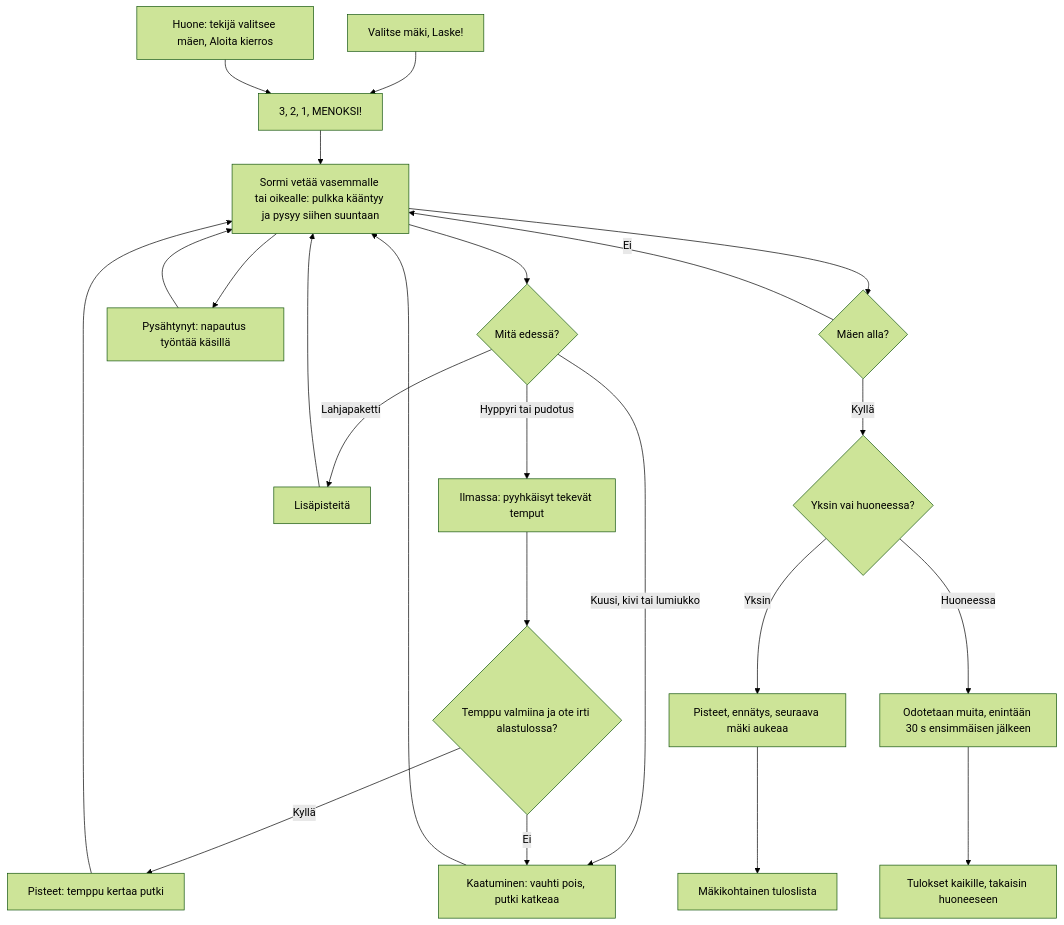
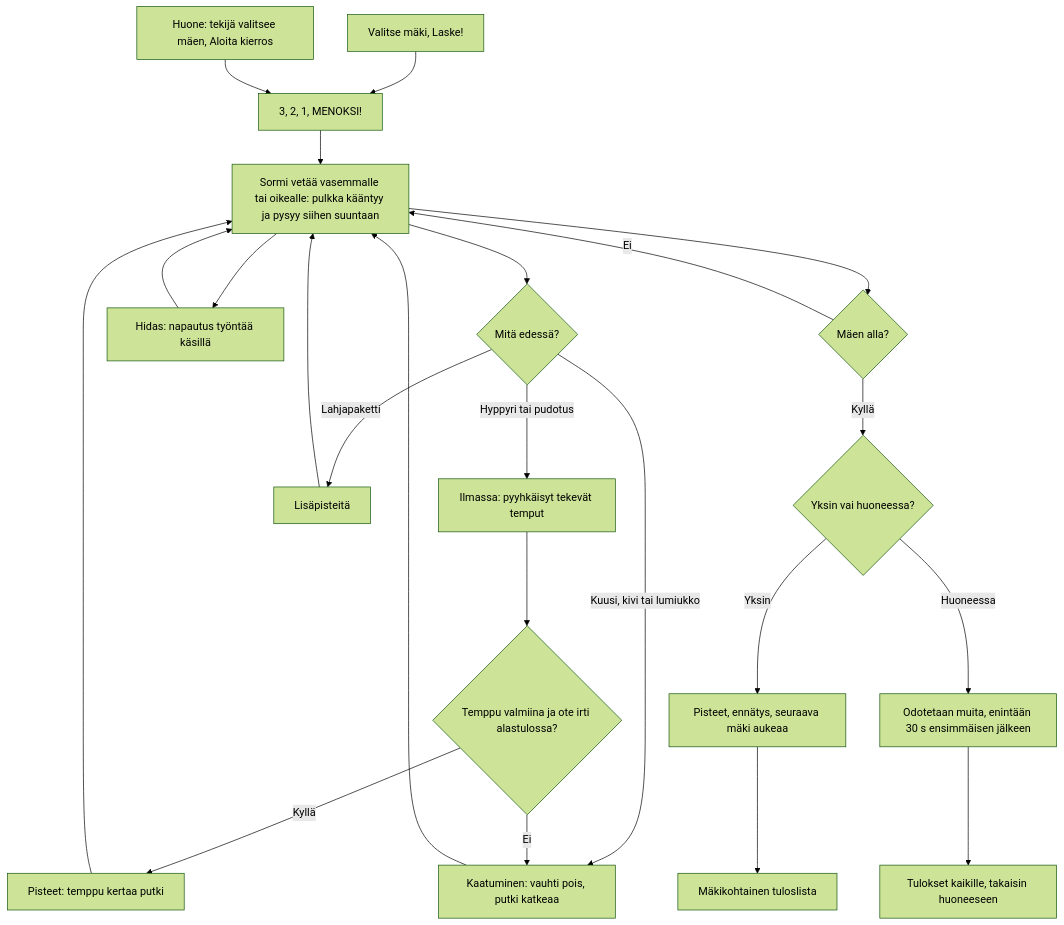
The diagram in docs/diagrams/pulkkamaki.md (eerovil/ai-pelit), drawn with Mermaid (forest theme) before and after one commit. The commit also changed other lines of this file and 6 other files, not shown here.

````diff
--- a/docs/diagrams/pulkkamaki.md
+++ b/docs/diagrams/pulkkamaki.md
@@ -9,31 +9,31 @@
 ```mermaid
 flowchart TD
   A[Valitse mäki, Laske!] --> B[3, 2, 1, MENOKSI!]
   R[Huone: tekijä valitsee mäen, Aloita kierros] --> B
   B --> C[Sormi vetää vasemmalle tai oikealle: pulkka kääntyy ja pysyy siihen suuntaan]
   C --> D{Mitä edessä?}
   D -- Hyppyri tai pudotus --> E[Ilmassa: pyyhkäisyt tekevät temput]
-  C --> P[Pysähtynyt: napautus työntää käsillä]
+  C --> P[Hidas: napautus työntää käsillä]
   P --> C
   D -- Kuusi, kivi tai lumiukko --> F[Kaatuminen: vauhti pois, putki katkeaa]
   D -- Lahjapaketti --> G[Lisäpisteitä]
   E --> H{Temppu valmiina ja ote irti alastulossa?}
   H -- Kyllä --> I[Pisteet: temppu kertaa putki]
   H -- Ei --> F
   F --> C
   G --> C
   I --> C
   C --> M{Mäen alla?}
   M -- Ei --> C
   M -- Kyllä --> S{Yksin vai huoneessa?}
   S -- Yksin --> N[Pisteet, ennätys, seuraava mäki aukeaa]
   S -- Huoneessa --> U[Odotetaan muita, enintään 30 s ensimmäisen jälkeen]
   U --> V[Tulokset kaikille, takaisin huoneeseen]
   N --> Q[Mäkikohtainen tuloslista]
   class A,B,C blue
   class D,H,M,S amber
   class R,U,V violet
   class E,G,I,P teal
   class F rose
   class N,Q green
 ```
````
